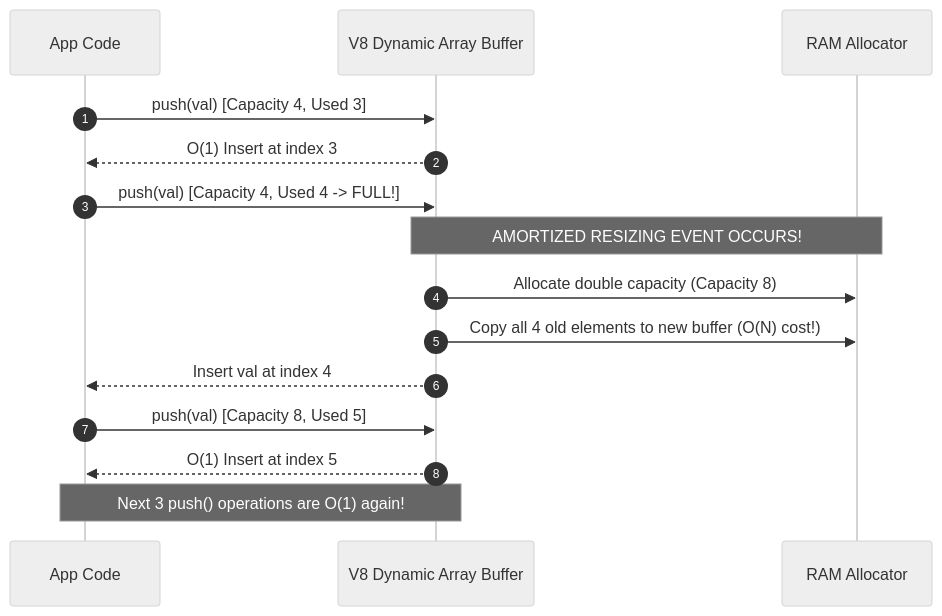
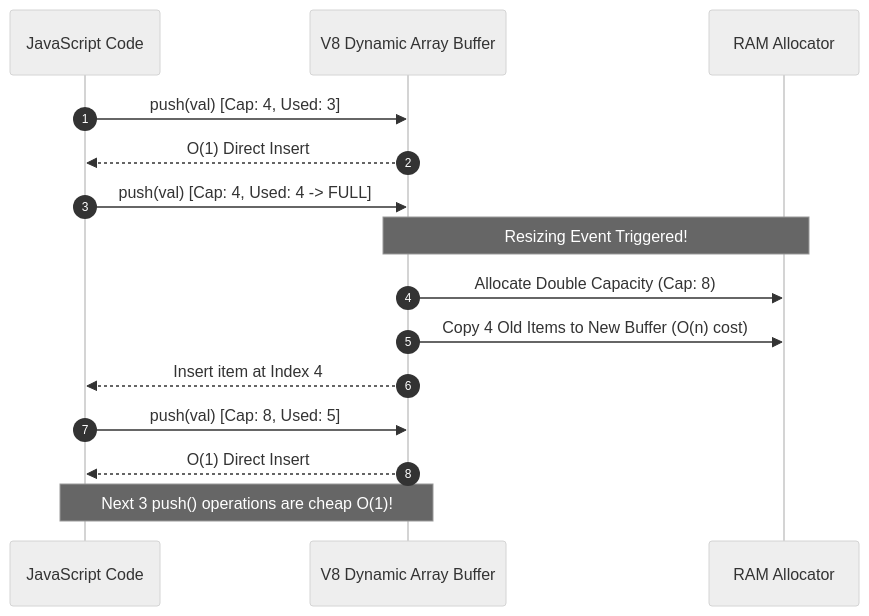
The fifth of 5 diagrams in js-dsa/01-big-o-notation.md (Amie-dev/engineering-playbook), drawn with Mermaid (neutral theme) before and after one commit. The commit also changed other lines of this file and 24 other files, not shown here.

````diff
--- a/js-dsa/01-big-o-notation.md
+++ b/js-dsa/01-big-o-notation.md
@@ -81,20 +249,20 @@
 ```mermaid
 sequenceDiagram
     autonumber
-    participant App as App Code
+    participant App as JavaScript Code
     participant Array as V8 Dynamic Array Buffer
     participant Heap as RAM Allocator
 
-    App->>Array: push(val) [Capacity 4, Used 3]
-    Array-->>App: O(1) Insert at index 3
+    App->>Array: push(val) [Cap: 4, Used: 3]
+    Array-->>App: O(1) Direct Insert
     
-    App->>Array: push(val) [Capacity 4, Used 4 -> FULL!]
-    Note over Array,Heap: AMORTIZED RESIZING EVENT OCCURS!
-    Array->>Heap: Allocate double capacity (Capacity 8)
-    Array->>Heap: Copy all 4 old elements to new buffer (O(N) cost!)
-    Array-->>App: Insert val at index 4
+    App->>Array: push(val) [Cap: 4, Used: 4 -> FULL]
+    Note over Array,Heap: Resizing Event Triggered!
+    Array->>Heap: Allocate Double Capacity (Cap: 8)
+    Array->>Heap: Copy 4 Old Items to New Buffer (O(n) cost)
+    Array-->>App: Insert item at Index 4
     
-    App->>Array: push(val) [Capacity 8, Used 5]
-    Array-->>App: O(1) Insert at index 5
-    Note over App,Array: Next 3 push() operations are O(1) again!
+    App->>Array: push(val) [Cap: 8, Used: 5]
+    Array-->>App: O(1) Direct Insert
+    Note over App,Array: Next 3 push() operations are cheap O(1)!
 ```
````
